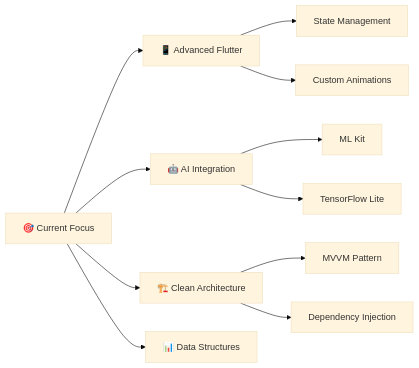
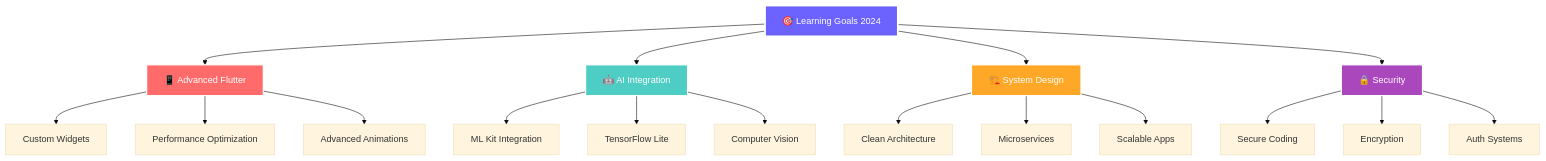
The diagram in README.md (ShailaSithara/ShailaSithara), drawn with Mermaid (base theme) before and after one commit. The commit also changed other lines of this file, not shown here.

````diff
--- a/README.md
+++ b/README.md
@@ -159,14 +276,29 @@
 ```mermaid
-graph LR
-    A[🎯 Current Focus] --> B[📱 Advanced Flutter]
+graph TD
+    A[🎯 Learning Goals 2024] --> B[📱 Advanced Flutter]
     A --> C[🤖 AI Integration]
-    A --> D[🏗️ Clean Architecture]
-    A --> E[📊 Data Structures]
+    A --> D[🏗️ System Design]
+    A --> E[🔒 Security]
     
-    B --> F[State Management]
-    B --> G[Custom Animations]
-    C --> H[ML Kit]
-    C --> I[TensorFlow Lite]
-    D --> J[MVVM Pattern]
-    D --> K[Dependency Injection]
+    B --> F[Custom Widgets]
+    B --> G[Performance Optimization]
+    B --> H[Advanced Animations]
+    
+    C --> I[ML Kit Integration]
+    C --> J[TensorFlow Lite]
+    C --> K[Computer Vision]
+    
+    D --> L[Clean Architecture]
+    D --> M[Microservices]
+    D --> N[Scalable Apps]
+    
+    E --> O[Secure Coding]
+    E --> P[Encryption]
+    E --> Q[Auth Systems]
+    
+    style A fill:#6C63FF,stroke:#fff,stroke-width:3px,color:#fff
+    style B fill:#FF6B6B,stroke:#fff,stroke-width:2px,color:#fff
+    style C fill:#4ECDC4,stroke:#fff,stroke-width:2px,color:#fff
+    style D fill:#FFA726,stroke:#fff,stroke-width:2px,color:#fff
+    style E fill:#AB47BC,stroke:#fff,stroke-width:2px,color:#fff
 ```
````
